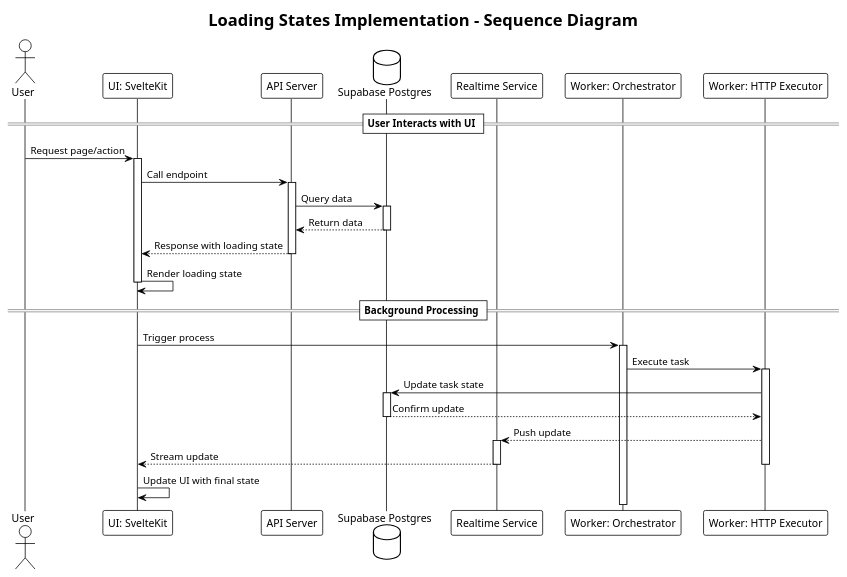
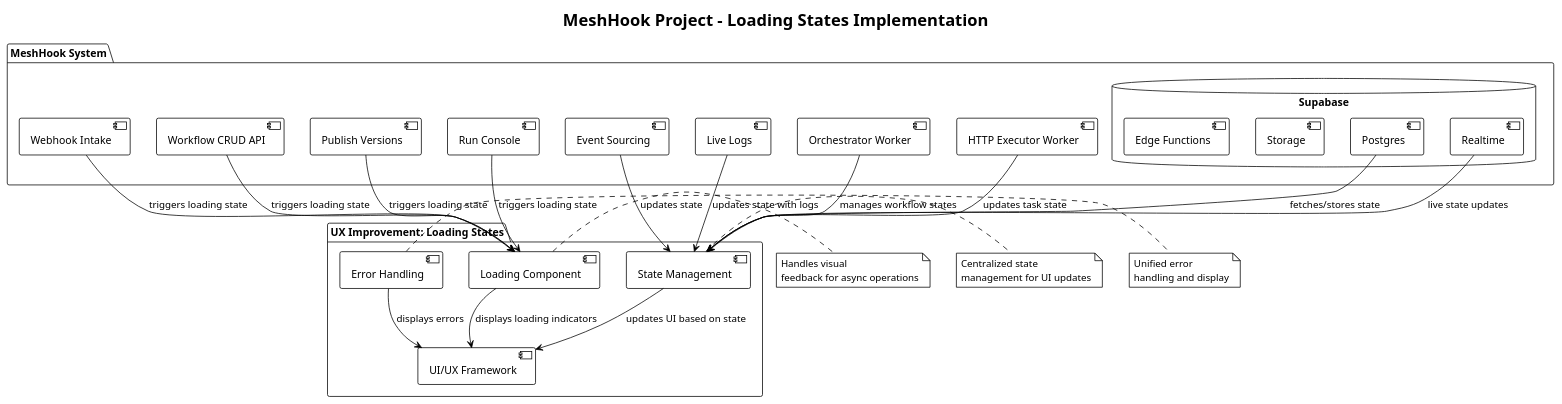
The diagram in docs/PRDs/213-loading-states.puml (profullstack/meshhook), drawn with PlantUML before and after one commit. The commit also changed 65 other files, not shown here.

First line of the commit message:
Enhances workflow editor with connection handling and improves PRD documentation

```diff
--- a/docs/PRDs/213-loading-states.puml
+++ b/docs/PRDs/213-loading-states.puml
@@ -1,51 +1,48 @@
 @startuml
 !theme plain
 
-title Loading States Implementation - Sequence Diagram
+title MeshHook Project - Loading States Implementation
 
-actor User
-participant "UI: SvelteKit" as UI
-participant "API Server" as API
-database "Supabase Postgres" as DB
-participant "Realtime Service" as Realtime
-participant "Worker: Orchestrator" as Orchestrator
-participant "Worker: HTTP Executor" as Executor
+package "MeshHook System" {
+    [Webhook Intake] as Webhooks
+    [Workflow CRUD API] as CRUD
+    [Publish Versions] as Publish
+    [Run Console] as Console
+    [Event Sourcing] as EventSourcing
+    [Live Logs] as Logs
+    [Orchestrator Worker] as Orchestrator
+    [HTTP Executor Worker] as Executor
+    database "Supabase" {
+        [Postgres] as DB
+        [Realtime] as Realtime
+        [Storage] as Storage
+        [Edge Functions] as Edge
+    }
+}
 
-== User Interacts with UI ==
-User -> UI: Request page/action
-activate UI
+package "UX Improvement: Loading States" {
+    [Loading Component] as Loading
+    [UI/UX Framework] as UIUX
+    [State Management] as State
+    [Error Handling] as ErrorHandling
+}
 
-UI -> API: Call endpoint
-activate API
+Webhooks --> Loading : triggers loading state
+CRUD --> Loading : triggers loading state
+Publish --> Loading : triggers loading state
+Console --> Loading : triggers loading state
+Loading --> UIUX : displays loading indicators
+State --> UIUX : updates UI based on state
+EventSourcing --> State : updates state
+Logs --> State : updates state with logs
+DB --> State : fetches/stores state
+Realtime --> State : live state updates
+Orchestrator --> State : manages workflow states
+Executor --> State : updates task state
+ErrorHandling --> UIUX : displays errors
 
-API -> DB: Query data
-activate DB
-DB --> API: Return data
-deactivate DB
-
-API --> UI: Response with loading state
-deactivate API
-
-UI -> UI: Render loading state
-deactivate UI
-
-== Background Processing ==
-UI -> Orchestrator: Trigger process
-activate Orchestrator
-
-Orchestrator -> Executor: Execute task
-activate Executor
-Executor -> DB: Update task state
-activate DB
-DB --> Executor: Confirm update
-deactivate DB
-
-Executor --> Realtime: Push update
-activate Realtime
-Realtime --> UI: Stream update
-deactivate Executor
-deactivate Realtime
-
-UI -> UI: Update UI with final state
+note right of Loading : Handles visual\nfeedback for async operations
+note right of State : Centralized state\nmanagement for UI updates
+note right of ErrorHandling : Unified error\nhandling and display
 
 @enduml
```
